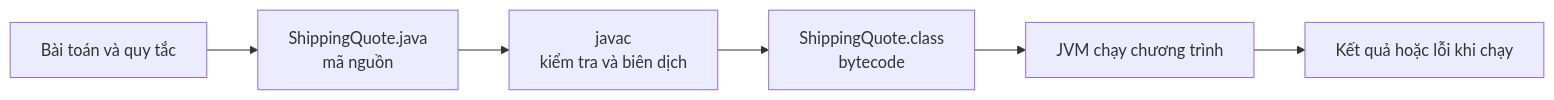
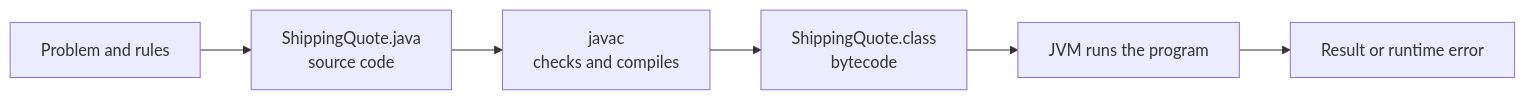
The diagram in module/platform/development/programming/language/java/core/language-basics/content/knowledge/en/1.language-overview/language-overview-001.md (phuongnguyenit93/learning-platform-data), drawn with Mermaid before and after one commit. The commit also changed other lines of this file and 2307 other files, not shown here.

```diff
--- a/module/platform/development/programming/language/java/core/language-basics/content/knowledge/en/1.language-overview/language-overview-001.md
+++ b/module/platform/development/programming/language/java/core/language-basics/content/knowledge/en/1.language-overview/language-overview-001.md
@@ -33,8 +33,8 @@
 ~~~mermaid
 flowchart LR
-    A["Bài toán và quy tắc"] --> B["ShippingQuote.java<br/>mã nguồn"]
-    B --> C["javac<br/>kiểm tra và biên dịch"]
+    A["Problem and rules"] --> B["ShippingQuote.java<br/>source code"]
+    B --> C["javac<br/>checks and compiles"]
     C --> D["ShippingQuote.class<br/>bytecode"]
-    D --> E["JVM chạy chương trình"]
-    E --> F["Kết quả hoặc lỗi khi chạy"]
+    D --> E["JVM runs the program"]
+    E --> F["Result or runtime error"]
 ~~~
```
